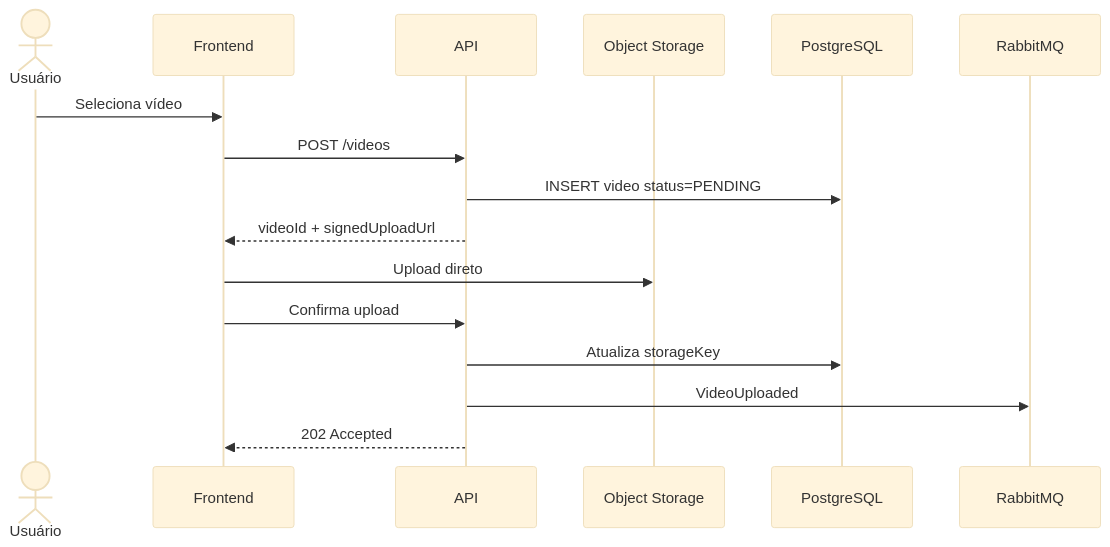
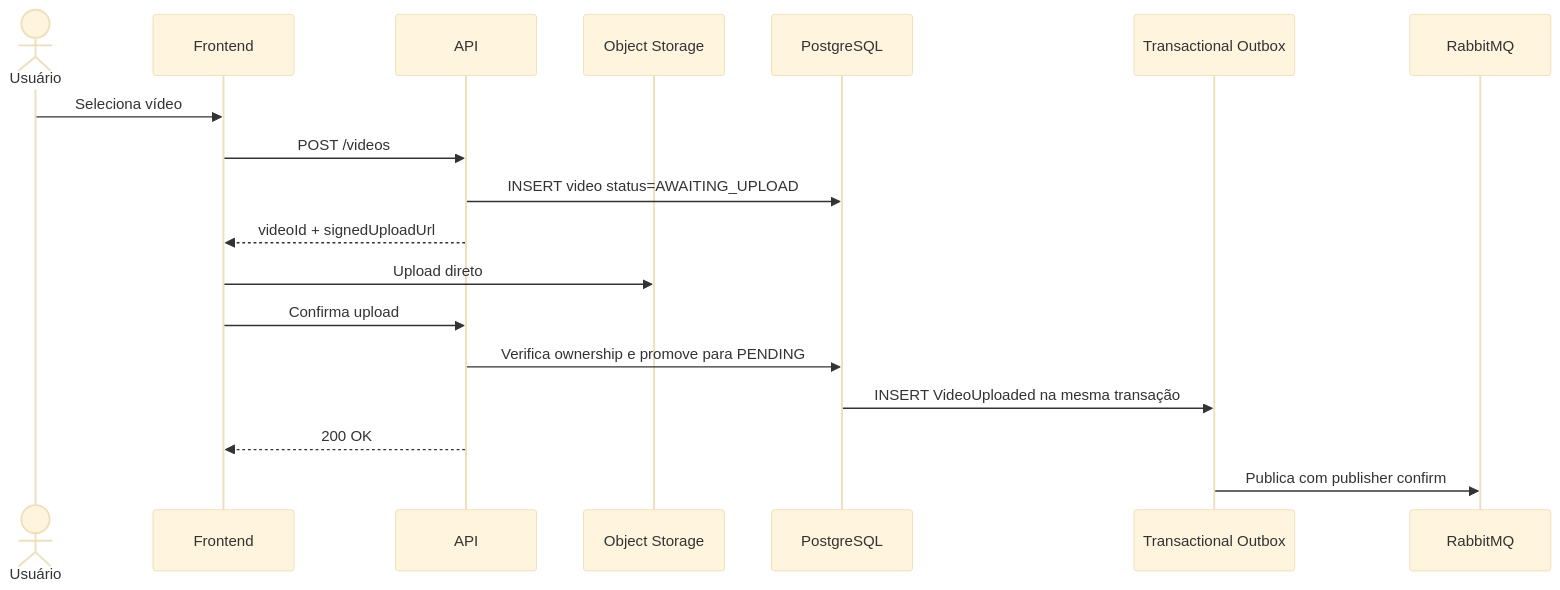
One commit to cesargomesjr/video-processing-platform changed the fourth of 27 diagrams in fiapx-arquitetura-processamento-distribuido.md. Above: the diagram before and after it, drawn with Mermaid (base theme). The commit also changed other lines of this file and 21 other files, not shown here.

Commit message:
docs(video): refine EPIC-003 architecture

````diff
--- a/fiapx-arquitetura-processamento-distribuido.md
+++ b/fiapx-arquitetura-processamento-distribuido.md
@@ -223,19 +223,22 @@
 ```mermaid
 sequenceDiagram
     actor U as Usuário
     participant F as Frontend
     participant A as API
     participant S as Object Storage
     participant D as PostgreSQL
+    participant O as Transactional Outbox
     participant Q as RabbitMQ
 
     U->>F: Seleciona vídeo
     F->>A: POST /videos
-    A->>D: INSERT video status=PENDING
+    A->>D: INSERT video status=AWAITING_UPLOAD
     A-->>F: videoId + signedUploadUrl
     F->>S: Upload direto
     F->>A: Confirma upload
-    A->>D: Atualiza storageKey
-    A->>Q: VideoUploaded
-    A-->>F: 202 Accepted
+    A->>D: Verifica ownership e promove para PENDING
+    D->>O: INSERT VideoUploaded na mesma transação
+    A-->>F: 200 OK
+
+    O->>Q: Publica com publisher confirm
 ```
````
